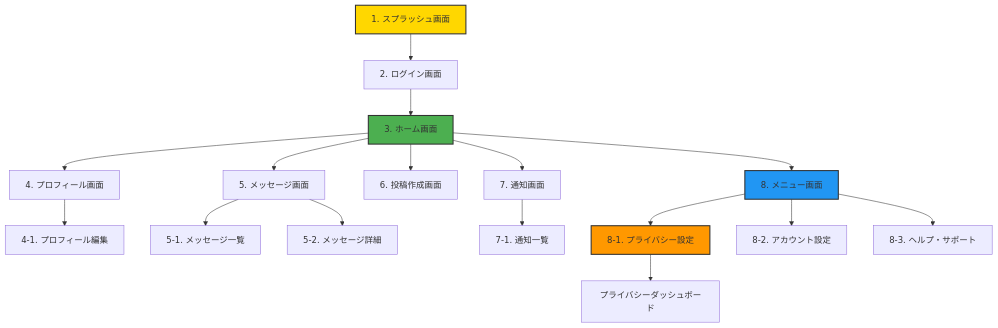
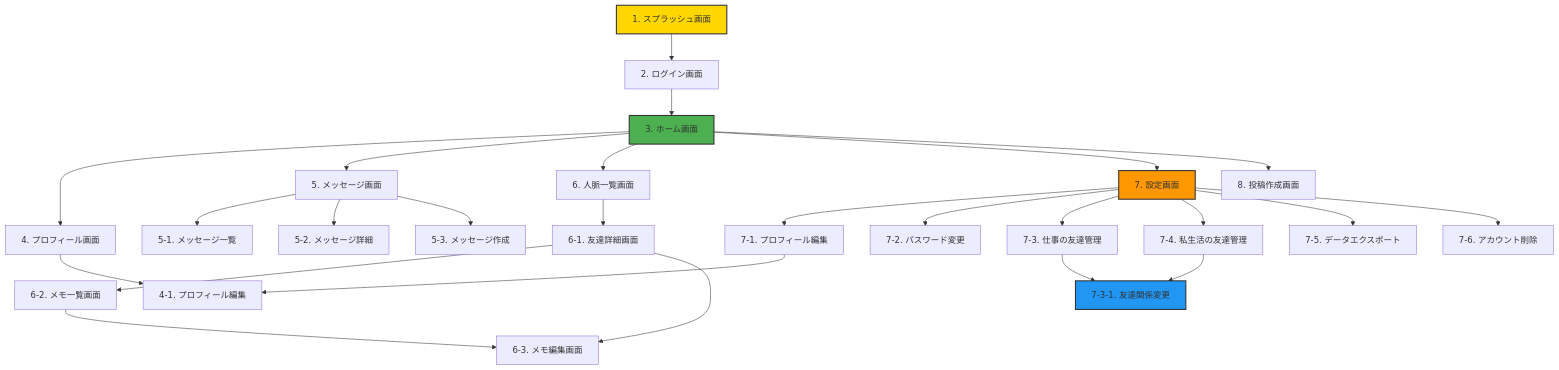
The fifth of 10 diagrams in uiux_book.md (hamatz/tech_doc), drawn with Mermaid before and after one commit. The commit also changed other lines of this file and 7 other files, not shown here.

````diff
--- a/uiux_book.md
+++ b/uiux_book.md
@@ -656,27 +830,39 @@
 ```mermaid
 graph TD
     A[1. スプラッシュ画面] --> B[2. ログイン画面]
     B --> C[3. ホーム画面]
     
     C --> D[4. プロフィール画面]
     C --> E[5. メッセージ画面]
-    C --> F[6. 投稿作成画面]
-    C --> G[7. 通知画面]
-    C --> H[8. メニュー画面]
+    C --> F[6. 人脈一覧画面]
+    C --> G[7. 設定画面]
     
-    D --> I[4-1. プロフィール編集]
-    E --> J[5-1. メッセージ一覧]
-    E --> K[5-2. メッセージ詳細]
-    G --> L[7-1. 通知一覧]
+    D --> H[4-1. プロフィール編集]
     
-    H --> M[8-1. プライバシー設定]
-    H --> N[8-2. アカウント設定]
-    H --> O[8-3. ヘルプ・サポート]
+    E --> I[5-1. メッセージ一覧]
+    E --> J[5-2. メッセージ詳細]
+    E --> K[5-3. メッセージ作成]
     
-    M --> P[プライバシーダッシュボード]
+    F --> L[6-1. 友達詳細画面]
+    L --> M[6-2. メモ一覧画面]
+    L --> N[6-3. メモ編集画面]
+    M --> N
+    
+    G --> O[7-1. プロフィール編集]
+    O --> H
+    G --> P[7-2. パスワード変更]
+    G --> Q[7-3. 仕事の友達管理]
+    G --> R[7-4. 私生活の友達管理]
+    G --> S[7-5. データエクスポート]
+    G --> T[7-6. アカウント削除]
+    
+    Q --> U[7-3-1. 友達関係変更]
+    R --> U
+    
+    C --> V[8. 投稿作成画面]
 
     style A fill:#FFD700,stroke:#333,stroke-width:2px
     style C fill:#4CAF50,stroke:#333,stroke-width:2px
-    style M fill:#FF9800,stroke:#333,stroke-width:2px
-    style H fill:#2196F3,stroke:#333,stroke-width:2px
+    style G fill:#FF9800,stroke:#333,stroke-width:2px
+    style U fill:#2196F3,stroke:#333,stroke-width:2px
 ```
````
